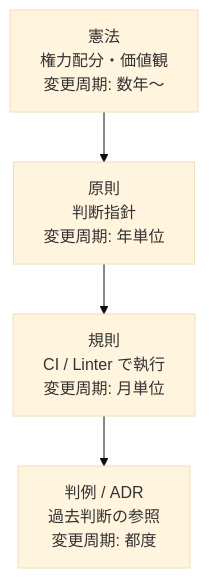
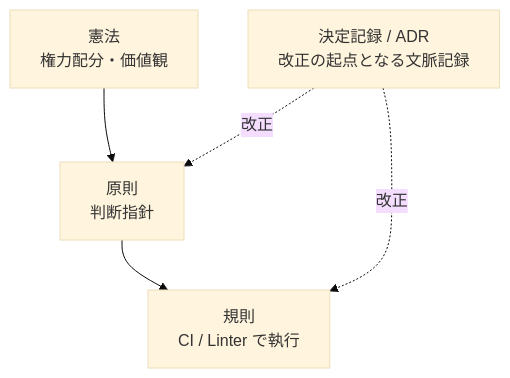
The seventh of 7 diagrams in apps/kosui-me/src/content/posts/2026-04-29-organizing-around-customer-value.mdx (iwasa-kosui/monorepo), drawn with Mermaid (base theme) before and after one commit. The commit also changed other lines of this file, not shown here.

````diff
--- a/apps/kosui-me/src/content/posts/2026-04-29-organizing-around-customer-value.mdx
+++ b/apps/kosui-me/src/content/posts/2026-04-29-organizing-around-customer-value.mdx
@@ -152,8 +167,10 @@
 ```mermaid
 graph TD
-    A["憲法<br/>権力配分・価値観<br/>変更周期: 数年〜"]
-    B["原則<br/>判断指針<br/>変更周期: 年単位"]
-    C["規則<br/>CI / Linter で執行<br/>変更周期: 月単位"]
-    D["判例 / ADR<br/>過去判断の参照<br/>変更周期: 都度"]
-    A --> B --> C --> D
+    A["憲法<br/>権力配分・価値観"]
+    B["原則<br/>判断指針"]
+    C["規則<br/>CI / Linter で執行"]
+    D["決定記録 / ADR<br/>改正の起点となる文脈記録"]
+    A --> B --> C
+    D -.->|改正| C
+    D -.->|改正| B
 ```
````
